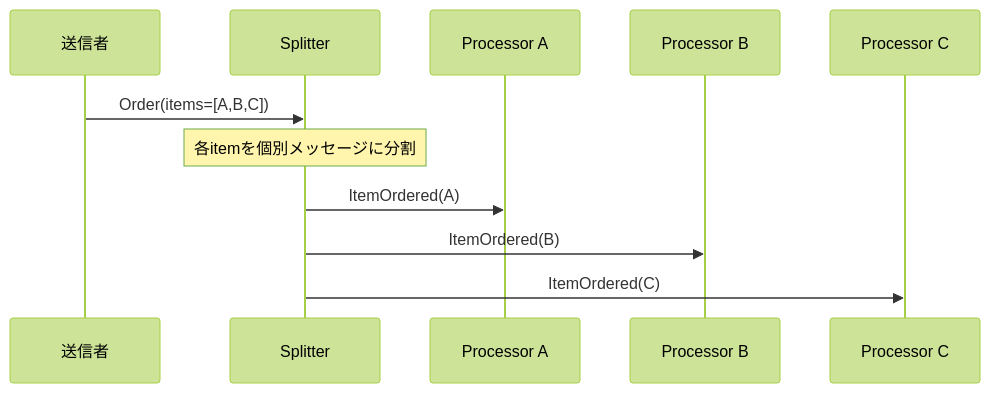
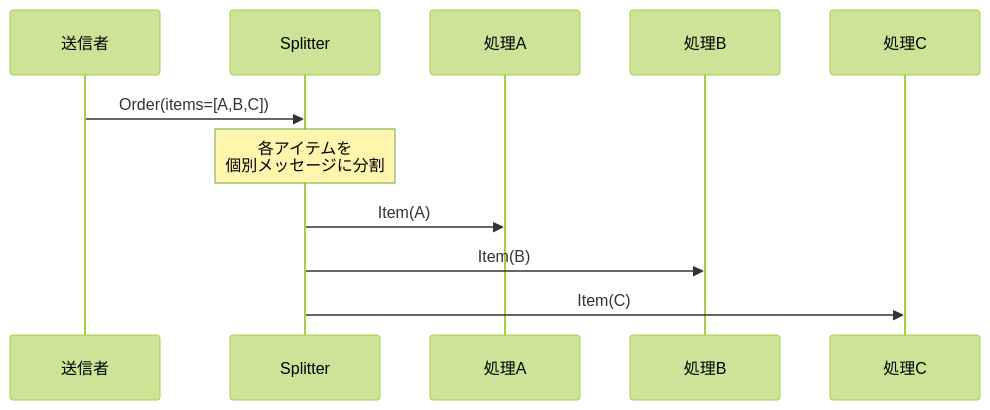
One commit to tomoikey/quartz changed the fourth of 7 diagrams in content/programming/reactive_messaging_pattern/simple-routers/splitter.md. Above: the diagram before and after it, drawn with Mermaid (forest theme). The commit also changed other lines of this file and 18 other files, not shown here.

````diff
--- a/content/programming/reactive_messaging_pattern/simple-routers/splitter.md
+++ b/content/programming/reactive_messaging_pattern/simple-routers/splitter.md
@@ -50,14 +94,14 @@
 ```mermaid
 sequenceDiagram
     participant Sender as 送信者
     participant SP as Splitter
-    participant PA as Processor A
-    participant PB as Processor B
-    participant PC as Processor C
+    participant PA as 処理A
+    participant PB as 処理B
+    participant PC as 処理C
 
     Sender->>SP: Order(items=[A,B,C])
-    Note over SP: 各itemを個別メッセージに分割
-    SP->>PA: ItemOrdered(A)
-    SP->>PB: ItemOrdered(B)
-    SP->>PC: ItemOrdered(C)
+    Note over SP: 各アイテムを<br/>個別メッセージに分割
+    SP->>PA: Item(A)
+    SP->>PB: Item(B)
+    SP->>PC: Item(C)
 ```
````
